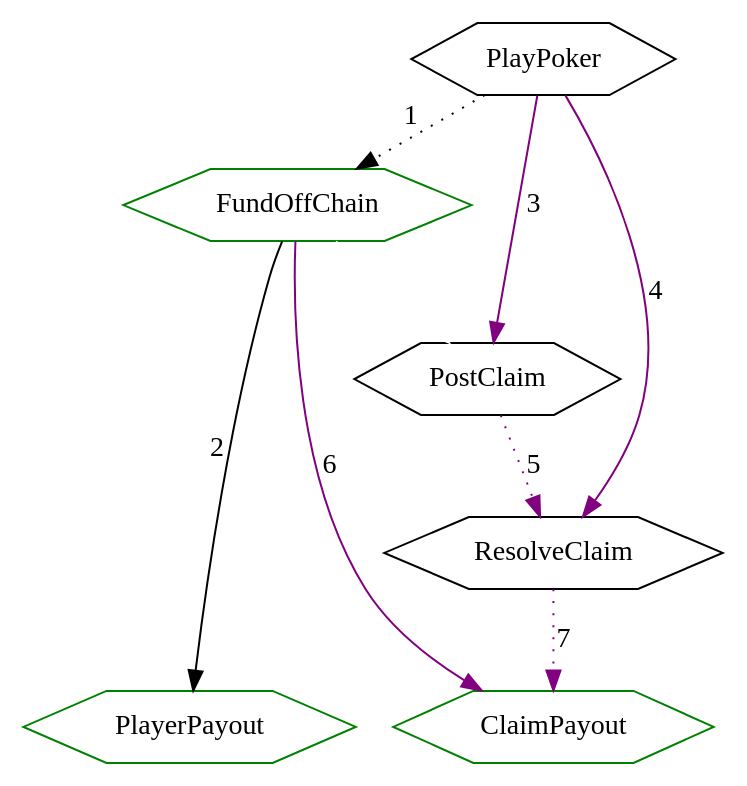
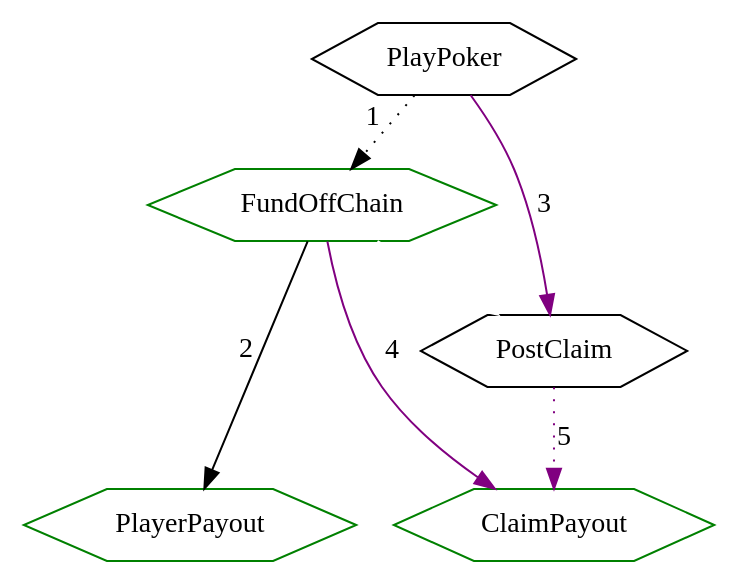
Before and after one commit to ssadler/hoek: the diagram in specs/txs.dot, drawn with Graphviz. The commit also changed 15 other files, not shown here.

```diff
--- a/specs/txs.dot
+++ b/specs/txs.dot
@@ -1,18 +1,18 @@
+// To generate: dot -Tsvg txs.dot -o txs.svg
+
 digraph Txs {
     node [shape=hexagon]
     node [color=green]
     FundOffChain
     PlayerPayout
     ClaimPayout
     node [color=black]
     PlayPoker -> FundOffChain [style=dotted, xlabel=1]
     FundOffChain -> PlayerPayout [xlabel=2]
     edge [color=purple]
     PlayPoker -> PostClaim [label=3]
-    PlayPoker -> ResolveClaim [label=4]
-    PostClaim -> ResolveClaim [style=dotted,label=5]
-    FundOffChain -> ClaimPayout [label=6]
-    ResolveClaim -> ClaimPayout [style=dotted,label=7]
+    FundOffChain -> ClaimPayout [label=4]
+    PostClaim -> ClaimPayout [style=dotted,label=5]
     FundOffChain -> PostClaim [color=white]
     {rank = same; ClaimPayout; PlayerPayout; }
 }
```
